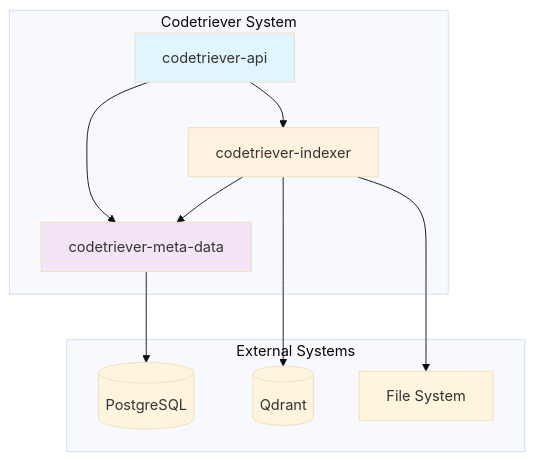
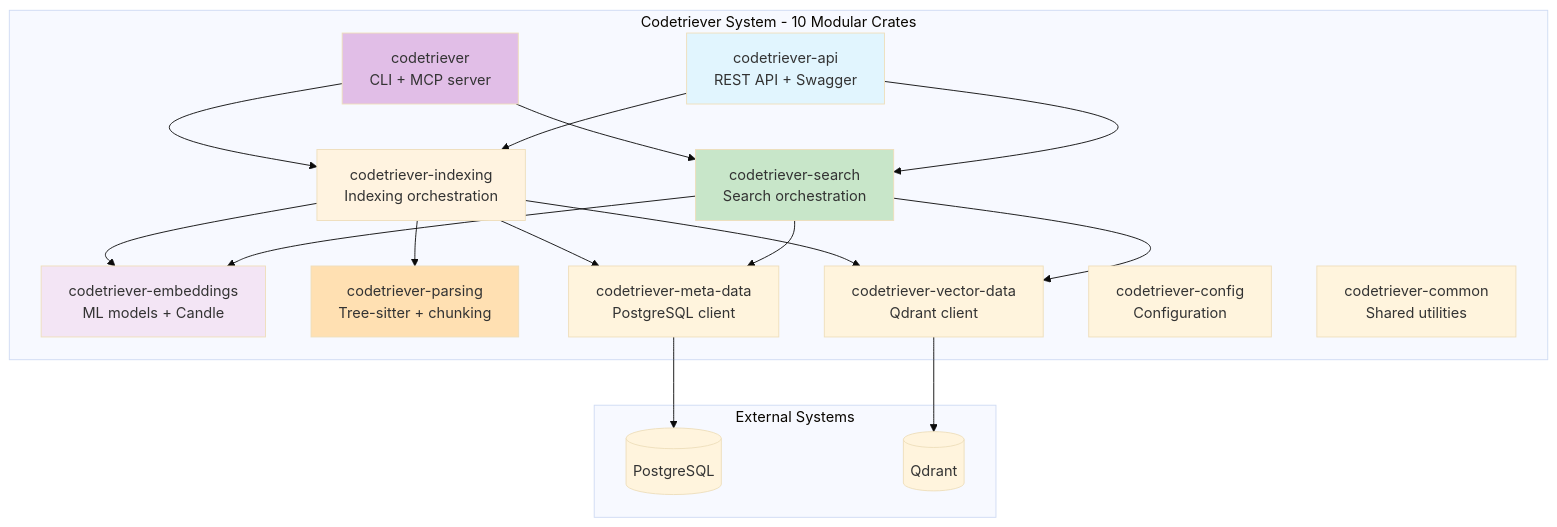
One commit to clafollett/codetriever changed the first of 10 diagrams in docs/architecture/current-architecture.md. Above: the diagram before and after it, drawn with Mermaid (base theme). The commit also changed other lines of this file and 17 other files, not shown here.

````diff
--- a/docs/architecture/current-architecture.md
+++ b/docs/architecture/current-architecture.md
@@ -9,25 +11,41 @@
 ```mermaid
 graph TB
     subgraph "External Systems"
         PG[(PostgreSQL)]
         QD[(Qdrant)]
-        FS[File System]
     end
-    
-    subgraph "Codetriever System"
-        API[codetriever-api]
-        IDX[codetriever-indexer]
-        DATA[codetriever-meta-data]
+
+    subgraph "Codetriever System - 10 Modular Crates"
+        API[codetriever-api<br/>REST API + Swagger]
+        SEARCH[codetriever-search<br/>Search orchestration]
+        INDEX[codetriever-indexing<br/>Indexing orchestration]
+        EMBED[codetriever-embeddings<br/>ML models + Candle]
+        PARSE[codetriever-parsing<br/>Tree-sitter + chunking]
+        VDATA[codetriever-vector-data<br/>Qdrant client]
+        MDATA[codetriever-meta-data<br/>PostgreSQL client]
+        CONFIG[codetriever-config<br/>Configuration]
+        COMMON[codetriever-common<br/>Shared utilities]
+        CLI[codetriever<br/>CLI + MCP server]
     end
-    
-    API --> IDX
-    API --> DATA
-    IDX --> DATA
-    IDX --> QD
-    DATA --> PG
-    IDX --> FS
-    
+
+    API --> SEARCH
+    API --> INDEX
+    CLI --> SEARCH
+    CLI --> INDEX
+    SEARCH --> EMBED
+    SEARCH --> VDATA
+    SEARCH --> MDATA
+    INDEX --> PARSE
+    INDEX --> EMBED
+    INDEX --> VDATA
+    INDEX --> MDATA
+    VDATA --> QD
+    MDATA --> PG
+
     style API fill:#e1f5fe
-    style IDX fill:#fff3e0
-    style DATA fill:#f3e5f5
+    style SEARCH fill:#c8e6c9
+    style INDEX fill:#fff3e0
+    style EMBED fill:#f3e5f5
+    style PARSE fill:#ffe0b2
+    style CLI fill:#e1bee7
 ```
````
